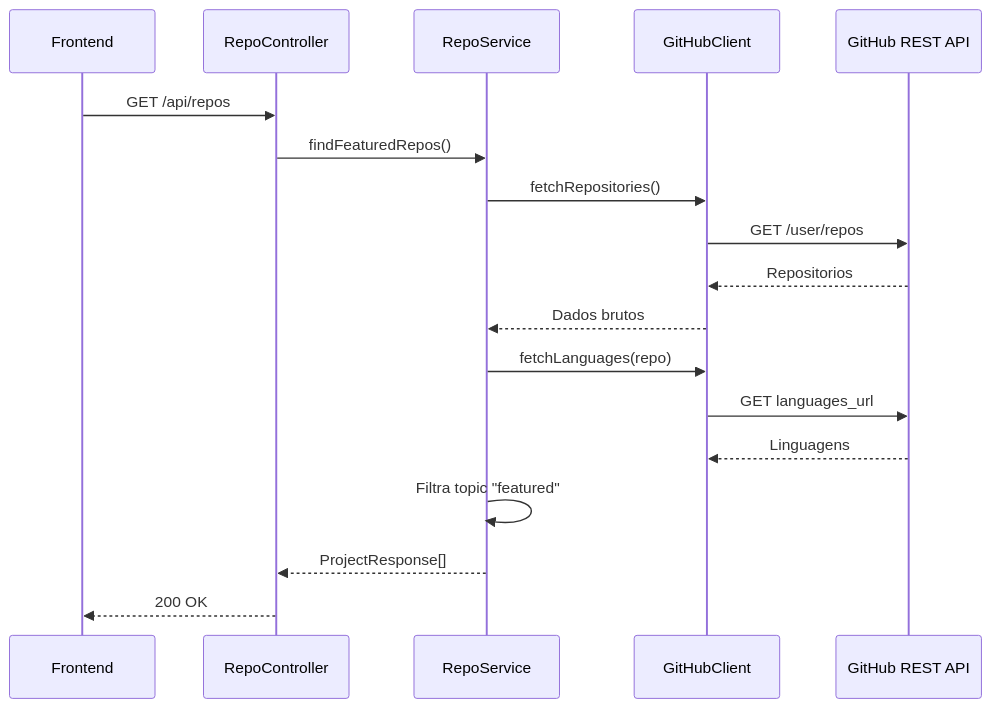
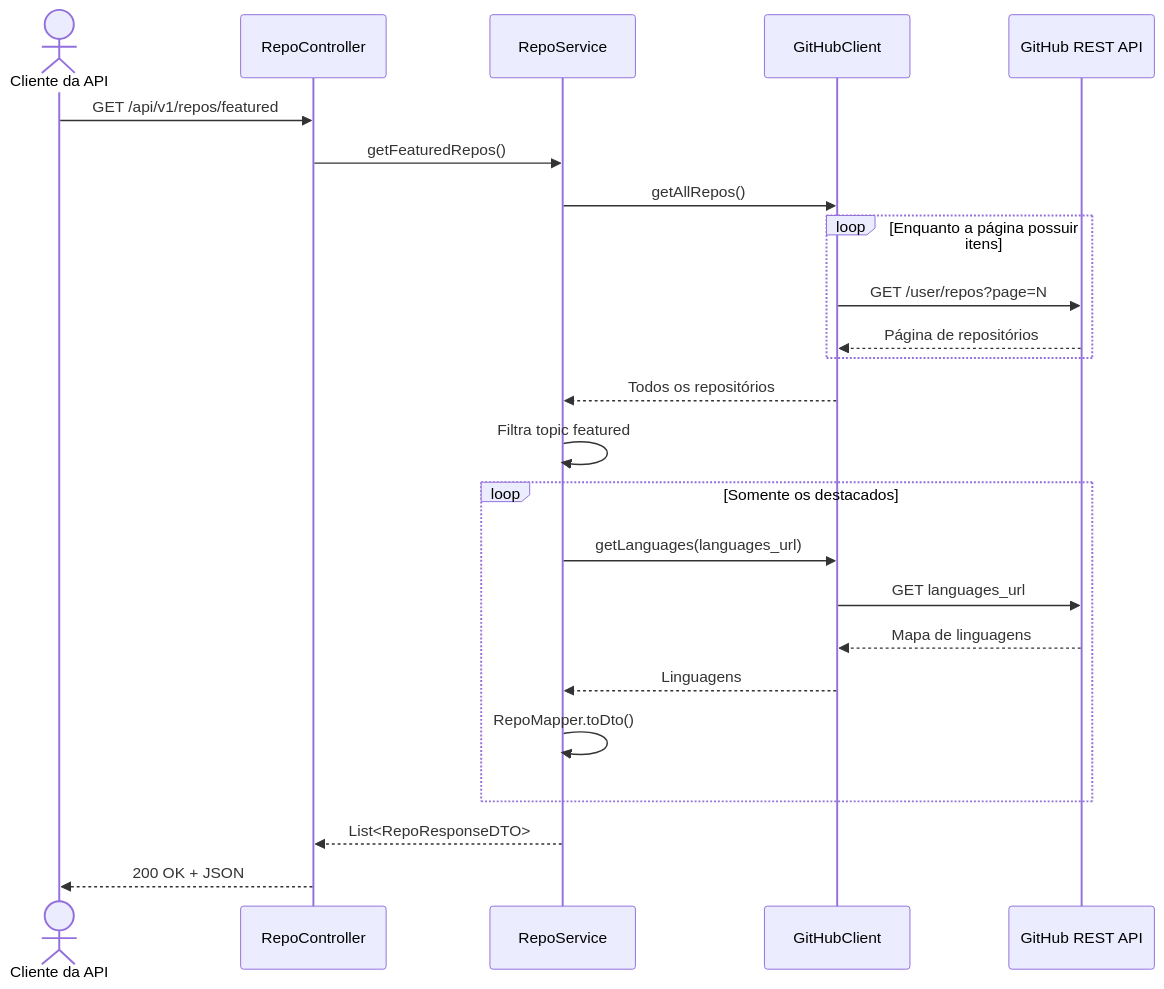
Before and after one commit to lucasz-g/portfolio-2.0: the second of 3 diagrams in backend/README.md, drawn with Mermaid. The commit also changed other lines of this file and 6 other files, not shown here.

````diff
--- a/backend/README.md
+++ b/backend/README.md
@@ -87,21 +66,31 @@
 ```mermaid
 sequenceDiagram
-    participant FE as Frontend
+    actor Consumer as Cliente da API
     participant Controller as RepoController
     participant Service as RepoService
     participant Client as GitHubClient
     participant GH as GitHub REST API
 
-    FE->>Controller: GET /api/repos
-    Controller->>Service: findFeaturedRepos()
-    Service->>Client: fetchRepositories()
-    Client->>GH: GET /user/repos
-    GH-->>Client: Repositorios
-    Client-->>Service: Dados brutos
-    Service->>Client: fetchLanguages(repo)
-    Client->>GH: GET languages_url
-    GH-->>Client: Linguagens
-    Service->>Service: Filtra topic "featured"
-    Service-->>Controller: ProjectResponse[]
-    Controller-->>FE: 200 OK
+    Consumer->>Controller: GET /api/v1/repos/featured
+    Controller->>Service: getFeaturedRepos()
+    Service->>Client: getAllRepos()
+
+    loop Enquanto a página possuir itens
+        Client->>GH: GET /user/repos?page=N
+        GH-->>Client: Página de repositórios
+    end
+
+    Client-->>Service: Todos os repositórios
+    Service->>Service: Filtra topic featured
+
+    loop Somente os destacados
+        Service->>Client: getLanguages(languages_url)
+        Client->>GH: GET languages_url
+        GH-->>Client: Mapa de linguagens
+        Client-->>Service: Linguagens
+        Service->>Service: RepoMapper.toDto()
+    end
+
+    Service-->>Controller: List<RepoResponseDTO>
+    Controller-->>Consumer: 200 OK + JSON
 ```
````
